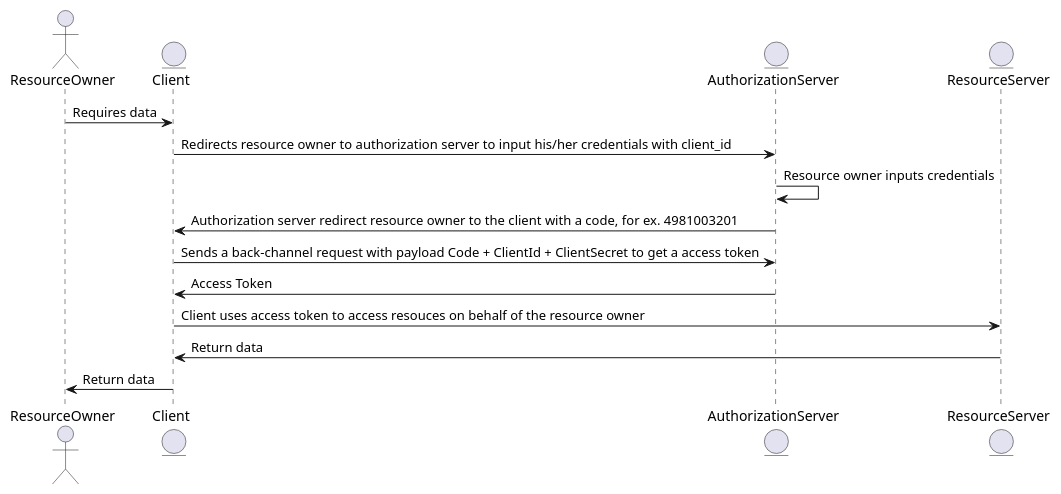
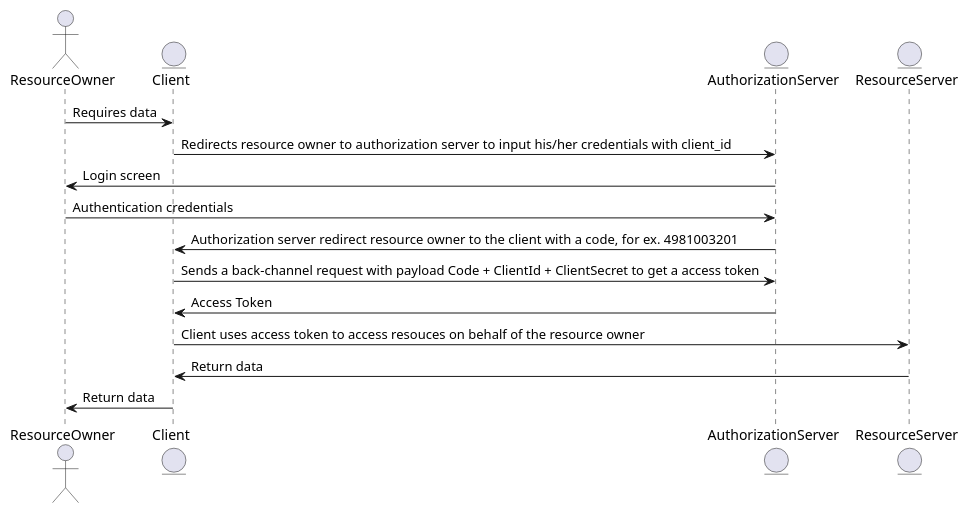
The diagram in assets/authorization-code-flow.pu (saeedmaghdam/oauth2), drawn with PlantUML before and after one commit. The commit also changed 3 other files, not shown here.

Commit message:
improved code and implicit flow diagrams

```diff
--- a/assets/authorization-code-flow.pu
+++ b/assets/authorization-code-flow.pu
@@ -1,18 +1,19 @@
 @startuml
 
 actor       ResourceOwner       as user
 entity      Client              as client
 entity      AuthorizationServer as idp
 entity      ResourceServer      as api
 
 user        -> client               : Requires data
 client      -> idp                  : Redirects resource owner to authorization server to input his/her credentials with client_id
-idp         -> idp                  : Resource owner inputs credentials
+idp         -> user                 : Login screen
+user        -> idp                  : Authentication credentials
 idp         -> client               : Authorization server redirect resource owner to the client with a code, for ex. 4981003201
 client      -> idp                  : Sends a back-channel request with payload Code + ClientId + ClientSecret to get a access token
 idp         -> client               : Access Token
 client      -> api                  : Client uses access token to access resouces on behalf of the resource owner
 api         -> client               : Return data
 client      -> user                 : Return data
 
 @enduml
```
